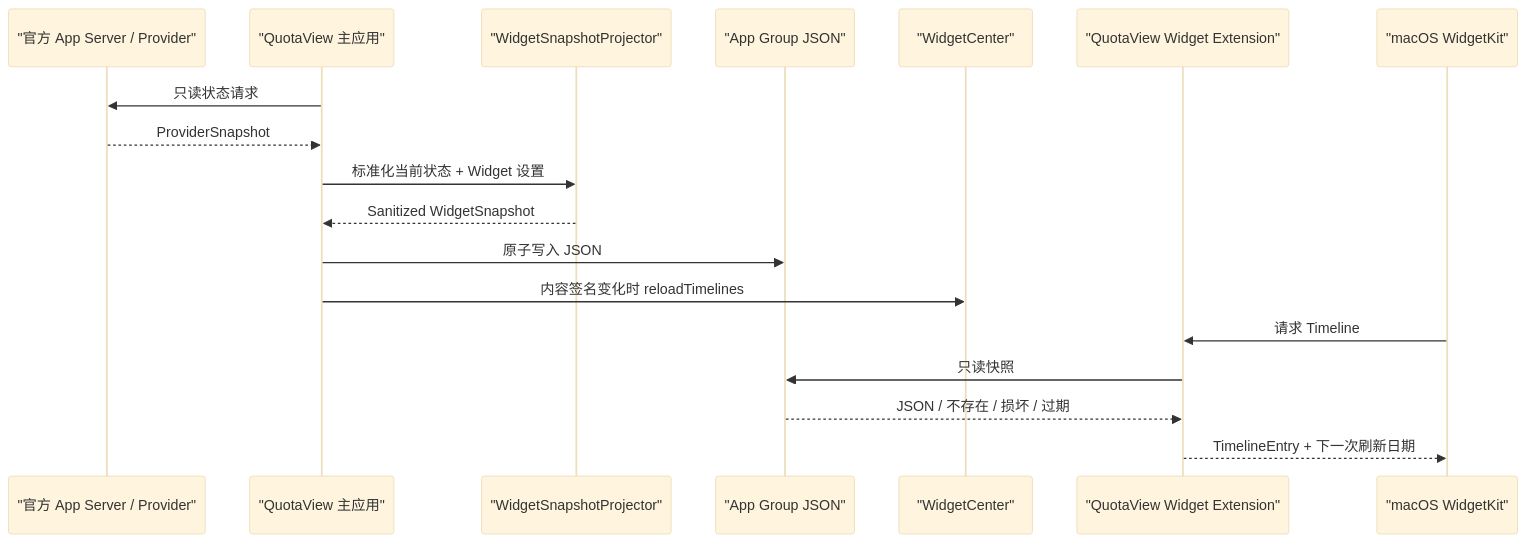
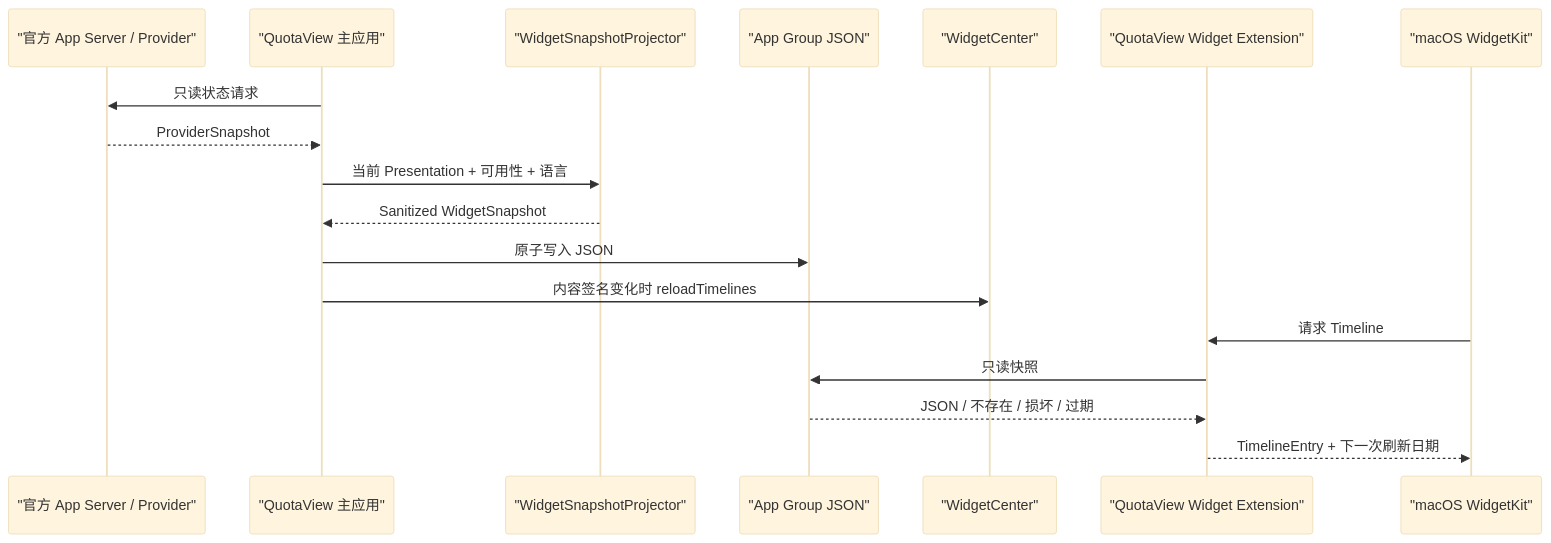
Before and after one commit to Duoasa/QuotaView: the diagram in docs/design/quotaview-widgetkit-solution.md, drawn with Mermaid (base theme). The commit also changed other lines of this file and 13 other files, not shown here.

````diff
--- a/docs/design/quotaview-widgetkit-solution.md
+++ b/docs/design/quotaview-widgetkit-solution.md
@@ -96,21 +118,21 @@
 ```mermaid
 sequenceDiagram
     participant Official as "官方 App Server / Provider"
     participant App as "QuotaView 主应用"
     participant Projector as "WidgetSnapshotProjector"
     participant Group as "App Group JSON"
     participant Center as "WidgetCenter"
     participant Extension as "QuotaView Widget Extension"
     participant System as "macOS WidgetKit"
 
     App->>Official: 只读状态请求
     Official-->>App: ProviderSnapshot
-    App->>Projector: 标准化当前状态 + Widget 设置
+    App->>Projector: 当前 Presentation + 可用性 + 语言
     Projector-->>App: Sanitized WidgetSnapshot
     App->>Group: 原子写入 JSON
     App->>Center: 内容签名变化时 reloadTimelines
     System->>Extension: 请求 Timeline
     Extension->>Group: 只读快照
     Group-->>Extension: JSON / 不存在 / 损坏 / 过期
     Extension-->>System: TimelineEntry + 下一次刷新日期
 ```
````
